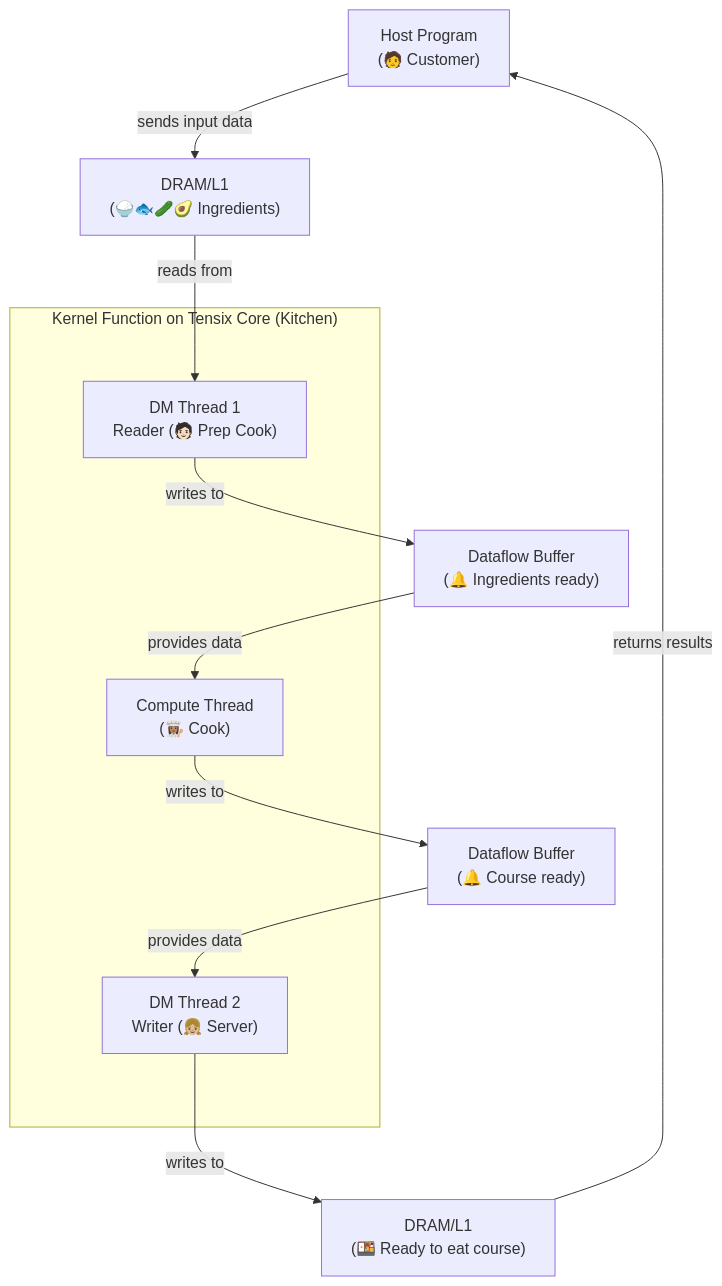
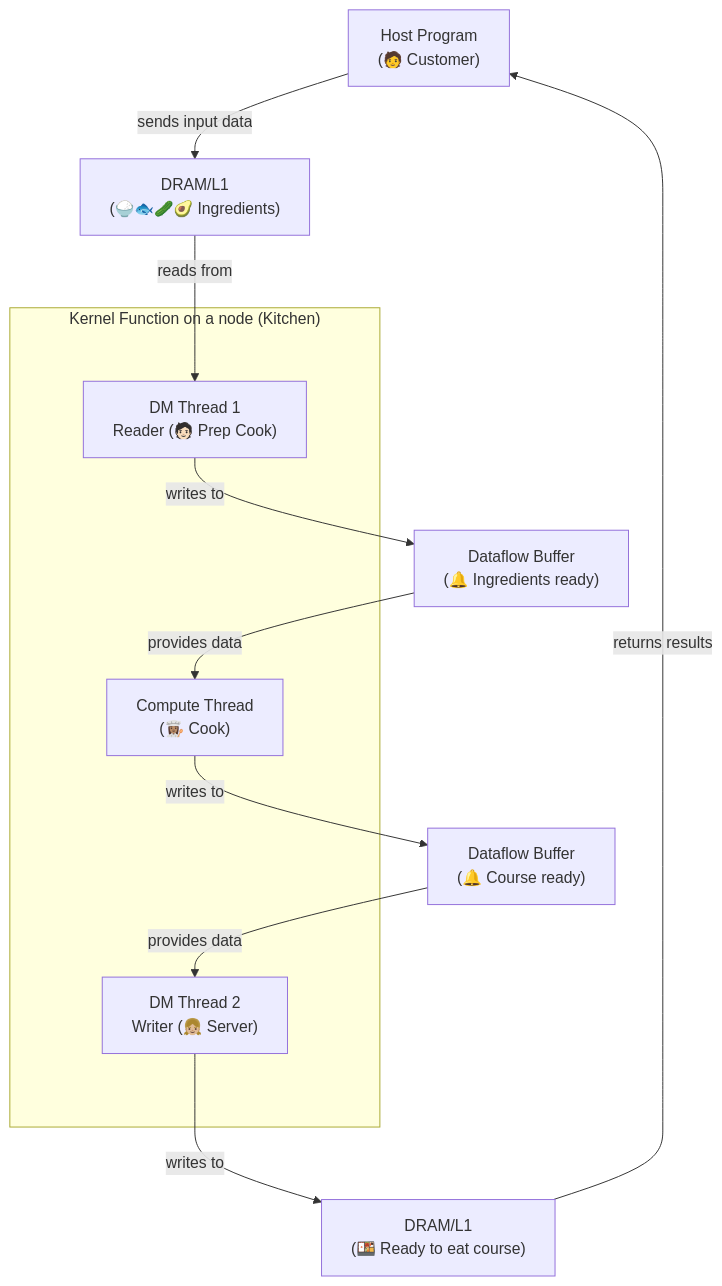
Before and after one commit to tenstorrent/tt-lang: the diagram in docs/sphinx/ttl-tutorial/kernel-basics.md, drawn with Mermaid. The commit also changed other lines of this file and 6 other files, not shown here.

````diff
--- a/docs/sphinx/ttl-tutorial/kernel-basics.md
+++ b/docs/sphinx/ttl-tutorial/kernel-basics.md
@@ -35,25 +35,25 @@
 ```{mermaid}
 graph TB
     Host["Host Program<br/>(🧑 Customer)"] -->|sends input data| DRAM["DRAM/L1<br/>(🍚🐟🥒🥑 Ingredients)"]
 
-    subgraph KernelFunction["Kernel Function on Tensix Core (Kitchen)"]
+    subgraph KernelFunction["Kernel Function on a node (Kitchen)"]
         subgraph pad[" "]
             subgraph threads[" "]
                 DM1["DM Thread 1<br/>Reader (🧑🏻 Prep Cook)"]
                 CT["Compute Thread<br/>(👩🏽‍🍳 Cook)"]
                 DM2["DM Thread 2<br/>Writer (👧🏼 Server)"]
             end
         end
     end
 
     DRAM -->|reads from| DM1
     DM1 -->|writes to| CB1["Dataflow Buffer<br/>(🔔 Ingredients ready)"]
     CB1 -->|provides data| CT
     CT -->|writes to| CB2["Dataflow Buffer<br/>(🔔 Course ready)"]
     CB2 -->|provides data| DM2
     DM2 -->|writes to| DRAM2["DRAM/L1<br/>(🍱 Ready to eat course)"]
     DRAM2 -->|returns results| Host
 
     classDef invisible fill:none,stroke:none;
     class pad,threads invisible;
 ```
````
